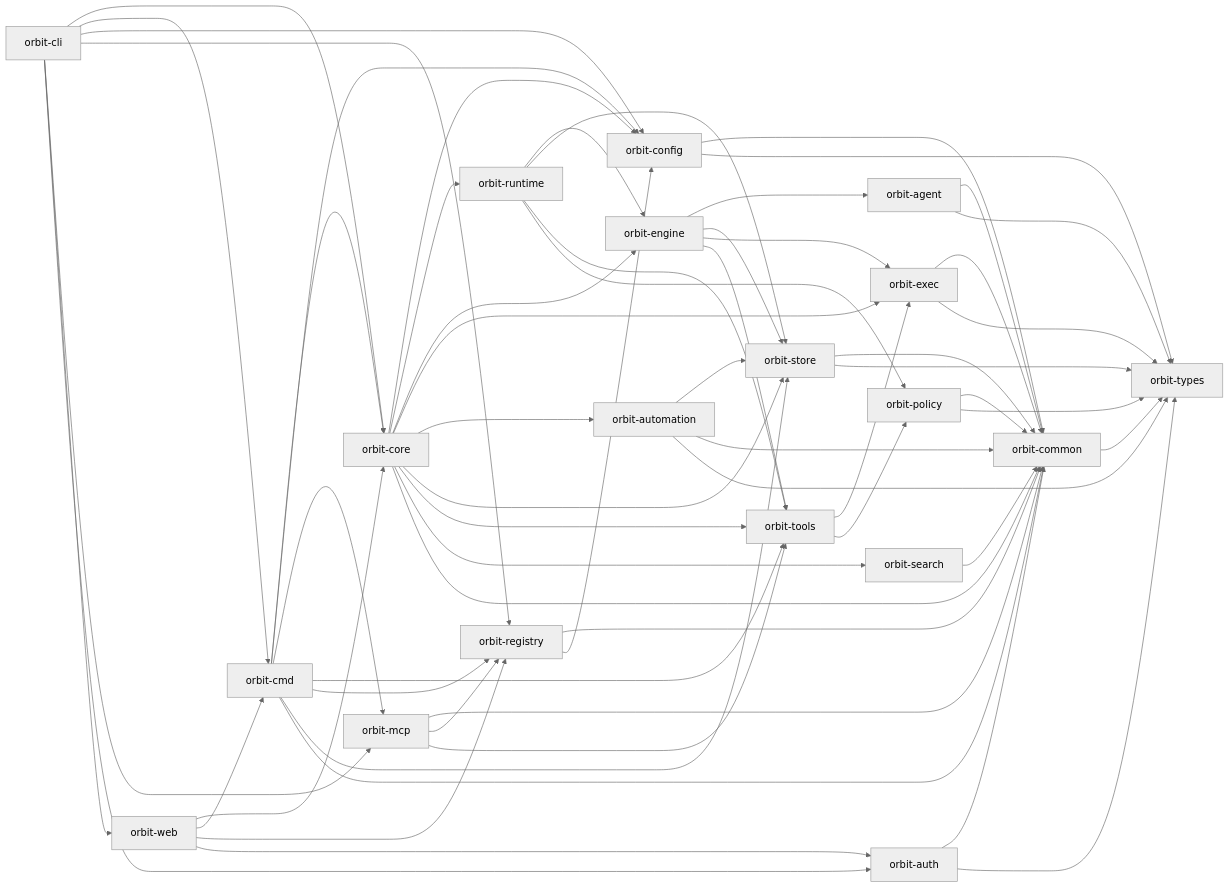
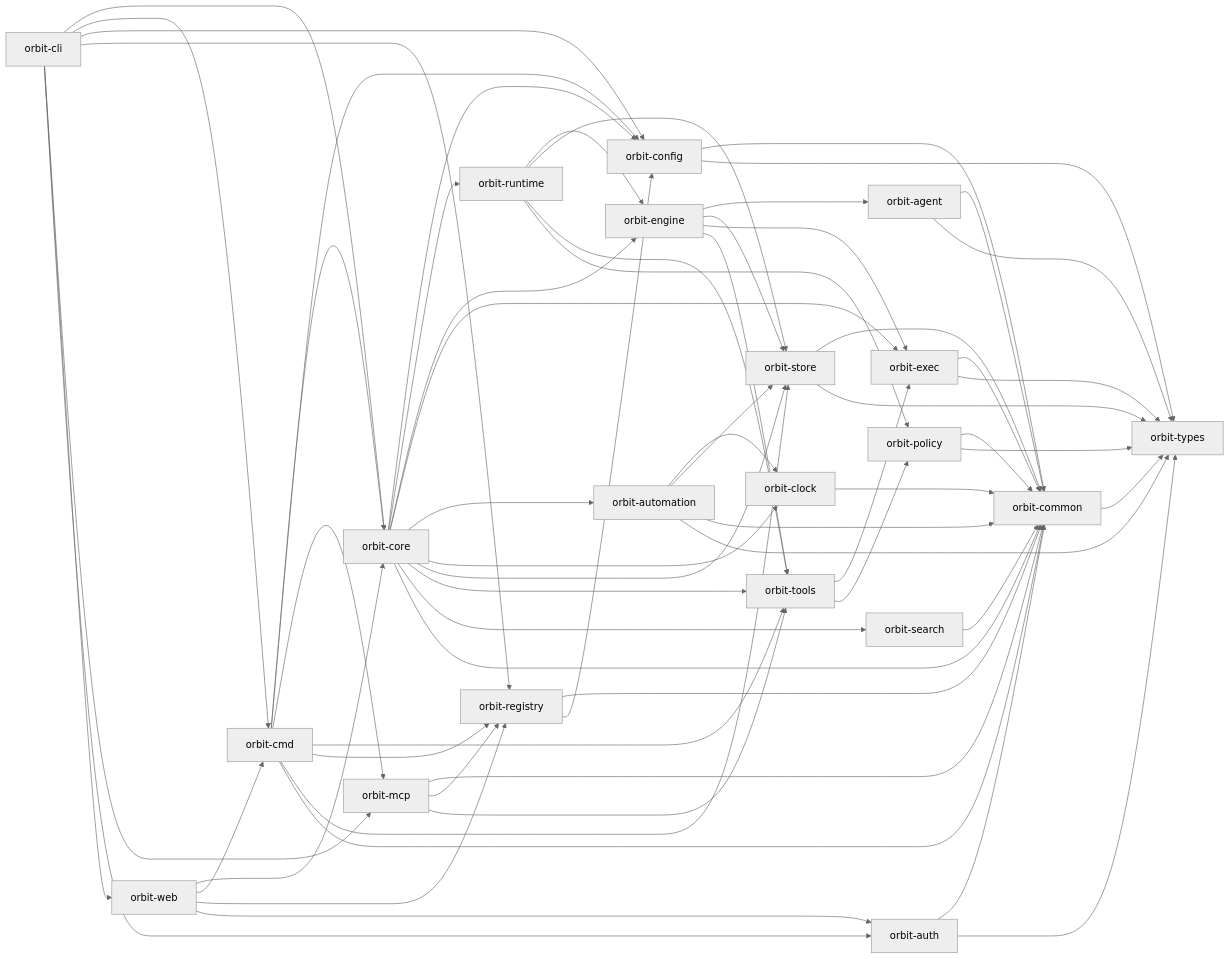
One commit to constellation-works/orbit changed the diagram in website/src/content/docs/contributing/crate-layout.md. Above: the diagram before and after it, drawn with Mermaid (neutral theme). The commit also changed other lines of this file and 41 other files, not shown here.

Commit message:
refactor: Reduce serial compile work on the orbit-core CI build path [ORB-22688]

````diff
--- a/website/src/content/docs/contributing/crate-layout.md
+++ b/website/src/content/docs/contributing/crate-layout.md
@@ -34,62 +35,65 @@
 ```mermaid
 flowchart LR
   CLI["orbit-cli"] --> Core["orbit-core"]
   CLI --> Cmd["orbit-cmd"]
   CLI --> Config["orbit-config"]
   CLI --> Registry["orbit-registry"]
   CLI --> MCP["orbit-mcp"]
   CLI --> Web["orbit-web"]
   CLI --> Auth["orbit-auth"]
   Cmd --> Core
   Cmd --> Config
   Cmd --> MCP
   Cmd --> Tools["orbit-tools"]
   Cmd --> Registry
   Cmd --> Store["orbit-store"]
   Core --> Config
   Core --> Runtime["orbit-runtime"]
   Core --> Engine["orbit-engine"]
   Core --> Exec["orbit-exec"]
   Core --> Automation["orbit-automation"]
+  Core --> Clock["orbit-clock"]
+  Automation --> Clock
+  Clock --> Common
   Automation --> Store
   Automation --> Common["orbit-common"]
   Automation --> Types["orbit-types"]
   Core --> Store
   Core --> Tools
   Core --> Search["orbit-search"]
   Runtime --> Engine
   Runtime --> Store
   Runtime --> Tools
   Runtime --> Policy["orbit-policy"]
   Engine --> Agent["orbit-agent"]
   Engine --> Store
   Engine --> Exec
   Engine --> Tools
   Tools --> Exec
   Tools --> Policy
   Exec --> Common
   Policy --> Common
   Store --> Common
   Agent --> Common
   Agent --> Types
   Search --> Common
   MCP --> Common
   MCP --> Registry
   MCP --> Tools
   Registry --> Common
   Registry --> Config
   Web --> Core
   Web --> Cmd
   Web --> Registry
   Web --> Auth
   Cmd --> Common
   Core --> Common
   Config --> Common
   Config --> Types
   Common --> Types
   Exec --> Types
   Auth --> Common
   Auth --> Types
   Policy --> Types
   Store --> Types
 ```
````
